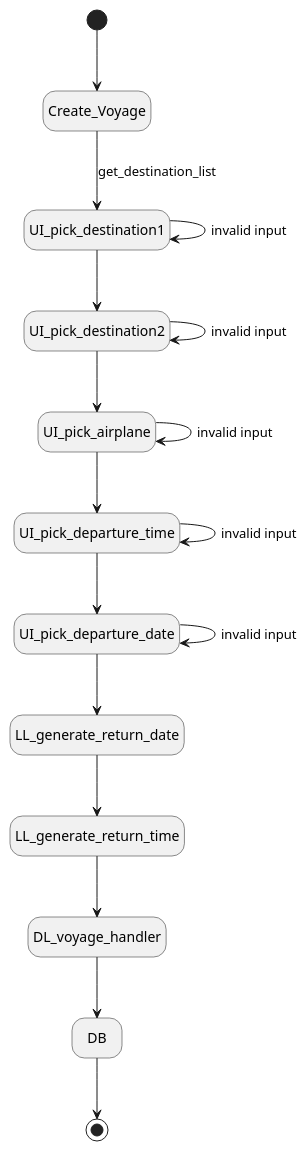
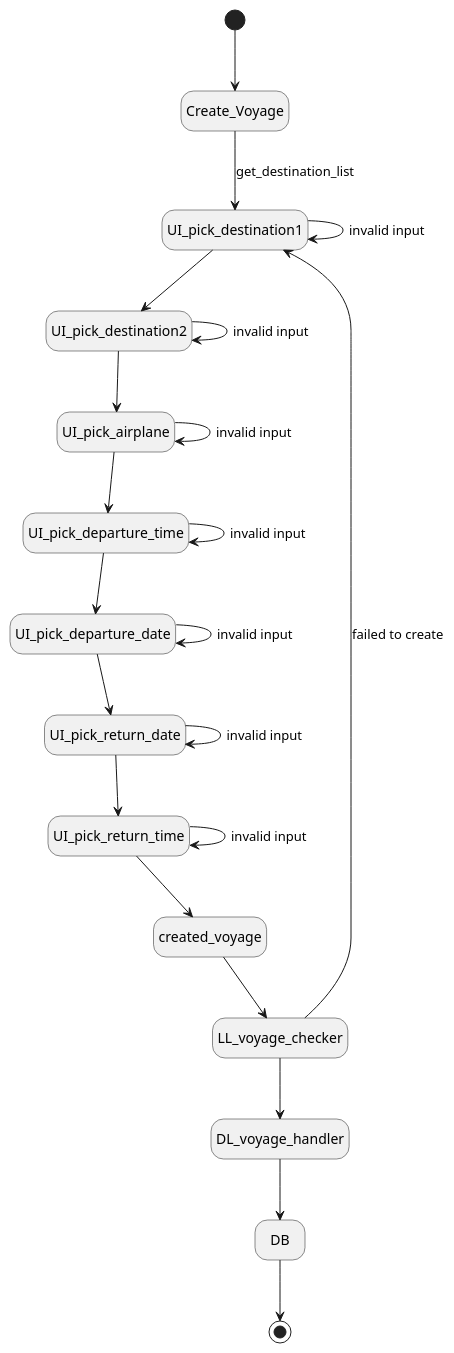
The diagram in state_diagrams/create_voyage.puml (irmalexandra/vln1_chuck_nan), drawn with PlantUML before and after one commit. The commit also changed 1 other file, not shown here.

```diff
--- a/state_diagrams/create_voyage.puml
+++ b/state_diagrams/create_voyage.puml
@@ -1,27 +1,34 @@
 @startuml create voyage
 hide empty description
 
 [*] --> Create_Voyage
 Create_Voyage --> UI_pick_destination1 : get_destination_list 
 UI_pick_destination1 --> UI_pick_destination1 :invalid input
 
 UI_pick_destination1 --> UI_pick_destination2
 UI_pick_destination2 --> UI_pick_destination2:invalid input
 
 UI_pick_destination2 -->UI_pick_airplane
 UI_pick_airplane --> UI_pick_airplane:invalid input
 
 UI_pick_airplane --> UI_pick_departure_time
 UI_pick_departure_time --> UI_pick_departure_time:invalid input
 
 UI_pick_departure_time --> UI_pick_departure_date
 UI_pick_departure_date --> UI_pick_departure_date:invalid input
 
-UI_pick_departure_date --> LL_generate_return_date
-LL_generate_return_date --> LL_generate_return_time
-LL_generate_return_time --> DL_voyage_handler
+UI_pick_departure_date --> UI_pick_return_date
+UI_pick_return_date--> UI_pick_return_time
+UI_pick_return_time --> UI_pick_return_time:invalid input
+UI_pick_return_date --> UI_pick_return_date:invalid input
+UI_pick_return_time --> created_voyage
+created_voyage --> LL_voyage_checker
+LL_voyage_checker --> UI_pick_destination1: failed to create
+LL_voyage_checker --> DL_voyage_handler
+
+
 DL_voyage_handler --> DB 
 DB --> [*]
 
 
 @enduml
```
